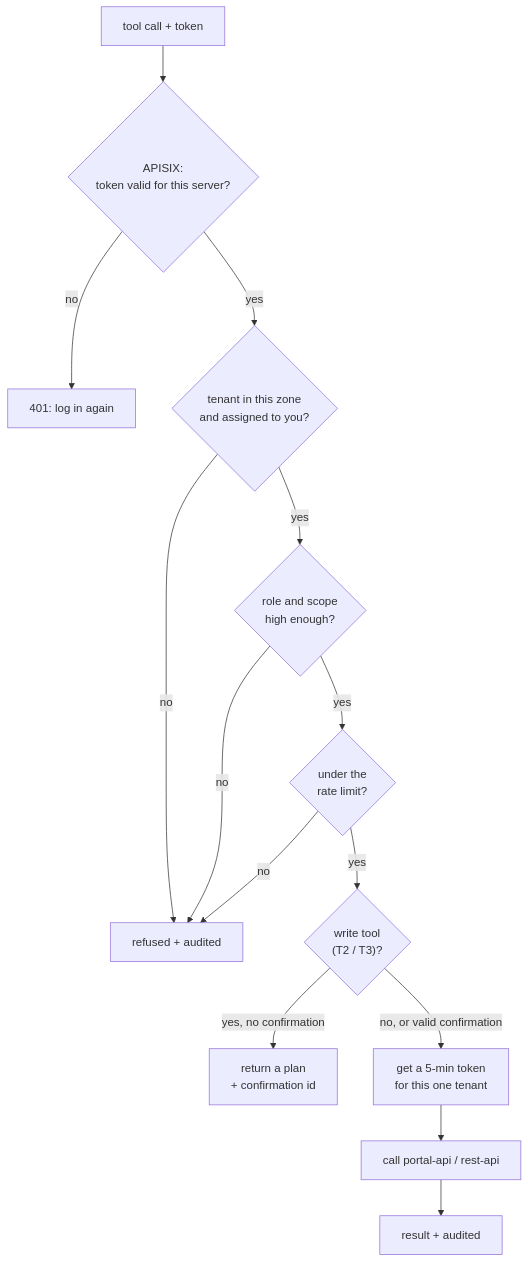
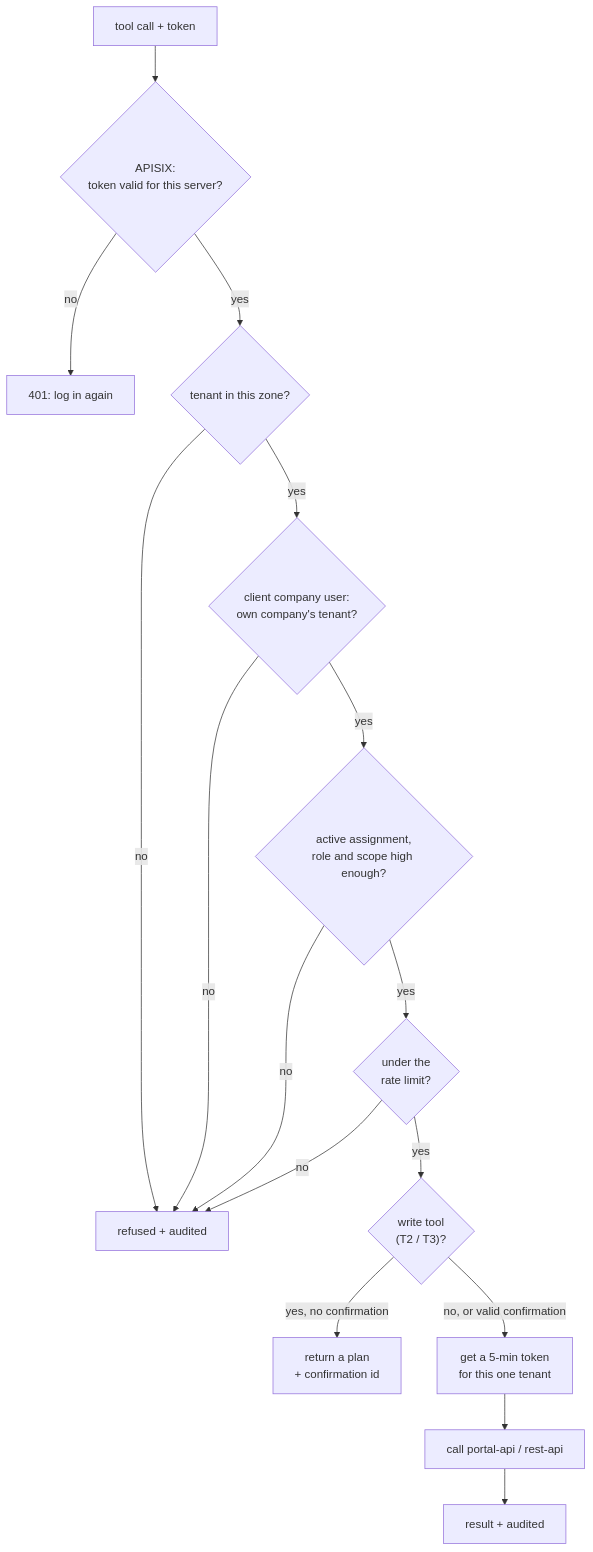
One commit to jricardooliveira/mcp-keycloak-apisix changed the fourth of 5 diagrams in README.md. Above: the diagram before and after it, drawn with Mermaid. The commit also changed other lines of this file and 15 other files, not shown here.

````diff
--- a/README.md
+++ b/README.md
@@ -604,15 +636,17 @@
 ```mermaid
 flowchart TD
   A["tool call + token"] --> G{"APISIX:<br/>token valid for this server?"}
   G -- no --> X1["401: log in again"]
-  G -- yes --> T{"tenant in this zone<br/>and assigned to you?"}
-  T -- no --> X2["refused + audited"]
-  T -- yes --> R{"role and scope<br/>high enough?"}
-  R -- no --> X2
-  R -- yes --> L{"under the<br/>rate limit?"}
+  G -- yes --> Z{"tenant in this zone?"}
+  Z -- no --> X2["refused + audited"]
+  Z -- yes --> H{"client company user:<br/>own company's tenant?"}
+  H -- no --> X2
+  H -- yes --> T{"active assignment,<br/>role and scope high enough?"}
+  T -- no --> X2
+  T -- yes --> L{"under the<br/>rate limit?"}
   L -- no --> X2
   L -- yes --> P{"write tool<br/>(T2 / T3)?"}
   P -- "yes, no confirmation" --> PL["return a plan<br/>+ confirmation id"]
   P -- "no, or valid confirmation" --> EX["get a 5-min token<br/>for this one tenant"]
   EX --> BE["call portal-api / rest-api"] --> OK["result + audited"]
 ```
````
